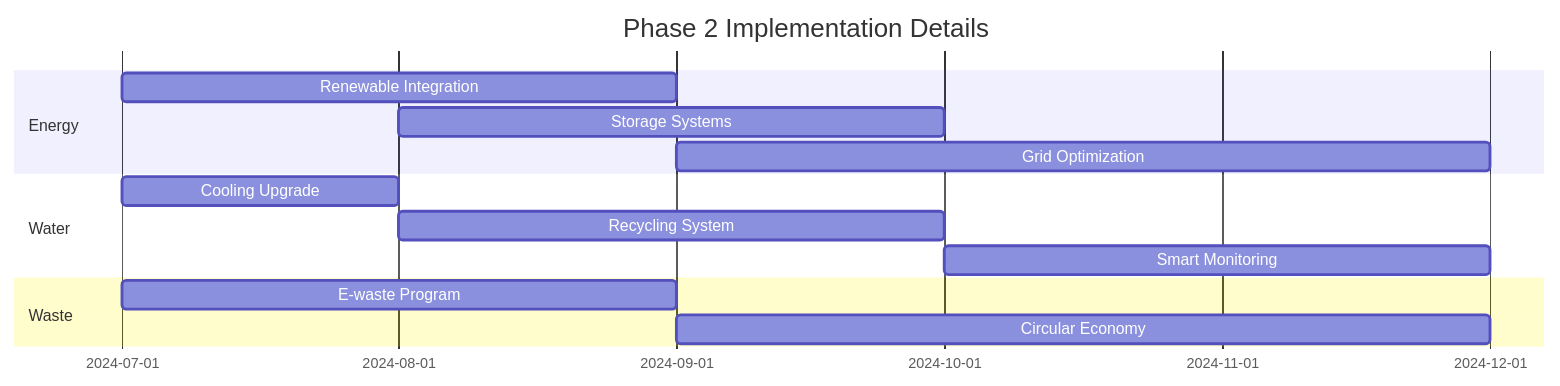
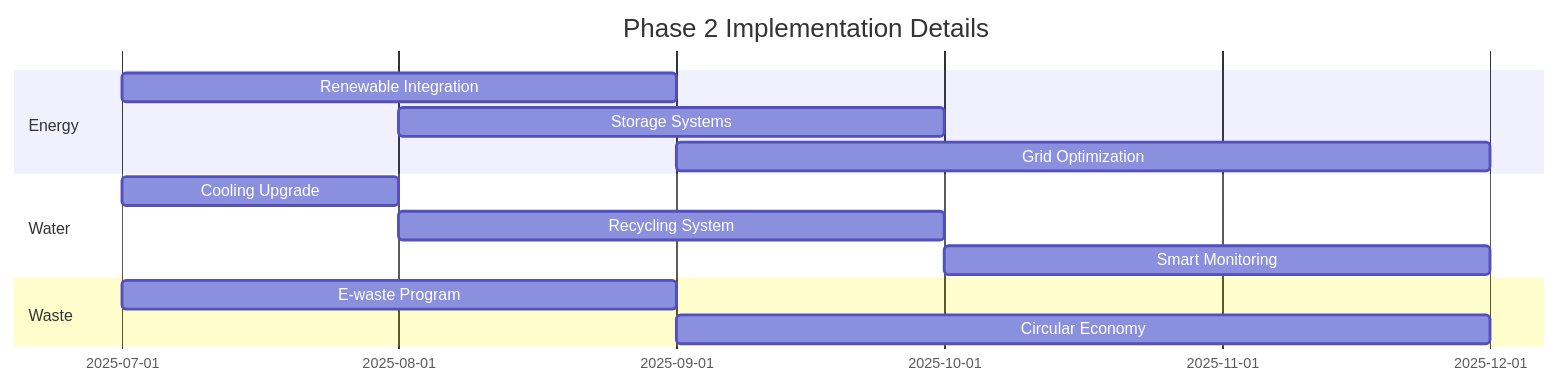
Before and after one commit to Vortx-AI/synthetic-satellite: the tenth of 16 diagrams in docs/sustainability/README.md, drawn with Mermaid. The commit also changed other lines of this file, not shown here.

````diff
--- a/docs/sustainability/README.md
+++ b/docs/sustainability/README.md
@@ -456,16 +395,16 @@
 ```mermaid
 gantt
     title Phase 2 Implementation Details
     dateFormat YYYY-MM
     section Energy
-    Renewable Integration :2024-07, 2024-09
-    Storage Systems      :2024-08, 2024-10
-    Grid Optimization    :2024-09, 2024-12
+    Renewable Integration :2025-07, 2025-09
+    Storage Systems      :2025-08, 2025-10
+    Grid Optimization    :2025-09, 2025-12
     section Water
-    Cooling Upgrade      :2024-07, 2024-08
-    Recycling System     :2024-08, 2024-10
-    Smart Monitoring     :2024-10, 2024-12
+    Cooling Upgrade      :2025-07, 2025-08
+    Recycling System     :2025-08, 2025-10
+    Smart Monitoring     :2025-10, 2025-12
     section Waste
-    E-waste Program      :2024-07, 2024-09
-    Circular Economy     :2024-09, 2024-12
+    E-waste Program      :2025-07, 2025-09
+    Circular Economy     :2025-09, 2025-12
 ```
````
